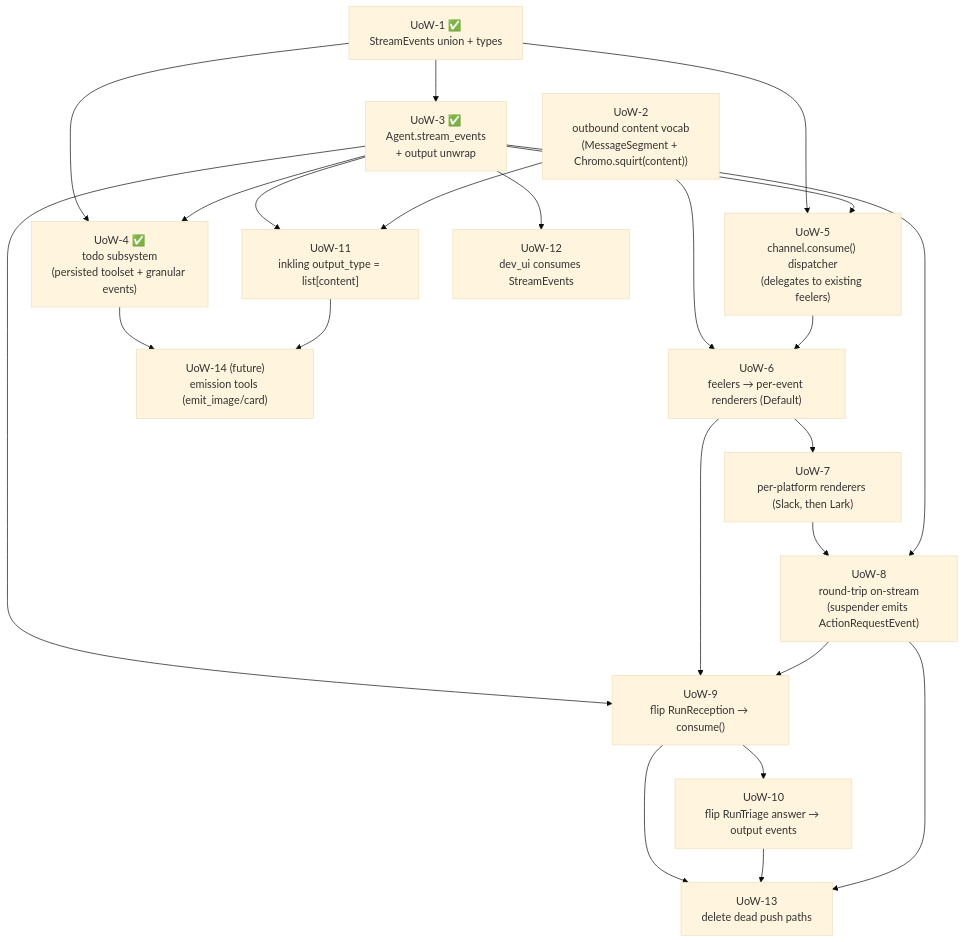
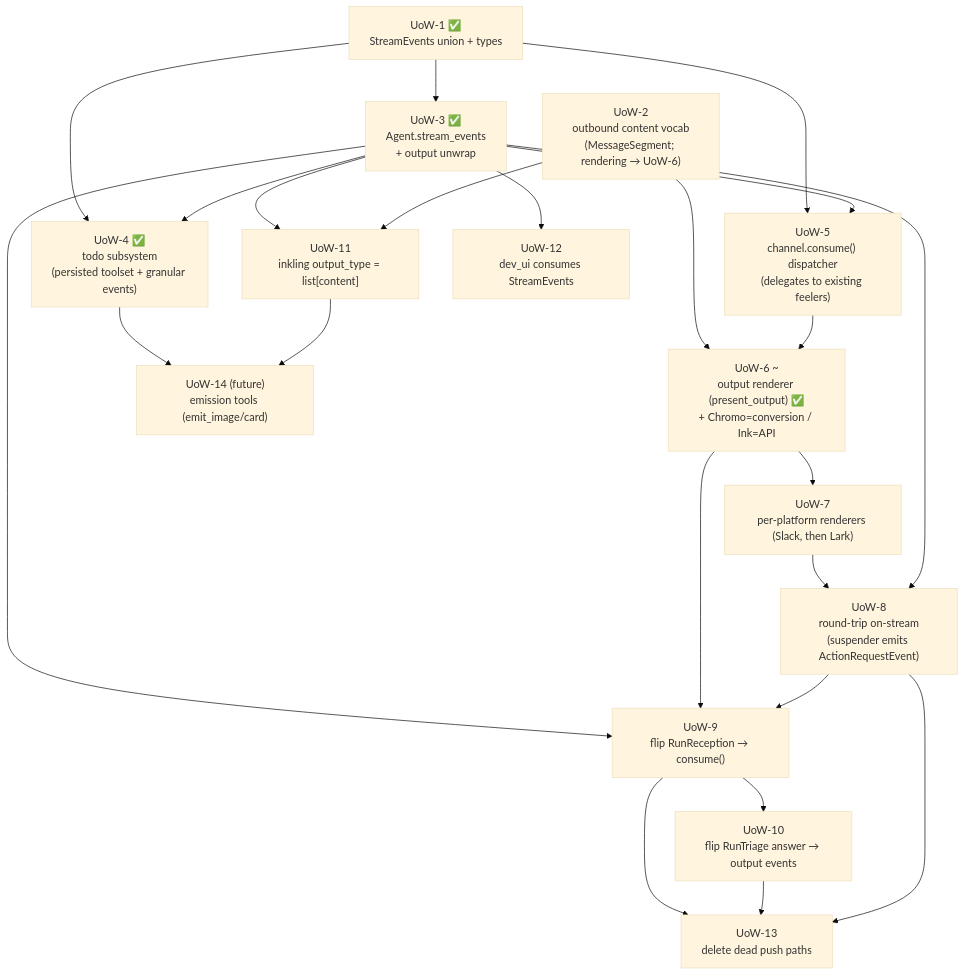
Before and after one commit to kalynnka/octomate: the sixth of 6 diagrams in docs/plans/agent-event-stream.md, drawn with Mermaid (base theme). The commit also changed other lines of this file and 14 other files, not shown here.

First line of the commit message:
feat(stream): UoW-6 — output renderer + Chromo=conversion / Ink=API-only

````diff
--- a/docs/plans/agent-event-stream.md
+++ b/docs/plans/agent-event-stream.md
@@ -284,40 +295,40 @@
 ```mermaid
 flowchart TD
     U1["UoW-1 ✅<br/>StreamEvents union + types"]
-    U2["UoW-2<br/>outbound content vocab<br/>(MessageSegment + Chromo.squirt(content))"]
+    U2["UoW-2<br/>outbound content vocab<br/>(MessageSegment; rendering → UoW-6)"]
     U3["UoW-3 ✅<br/>Agent.stream_events<br/>+ output unwrap"]
     U4["UoW-4 ✅<br/>todo subsystem<br/>(persisted toolset + granular events)"]
     U5["UoW-5<br/>channel.consume() dispatcher<br/>(delegates to existing feelers)"]
-    U6["UoW-6<br/>feelers → per-event renderers (Default)"]
+    U6["UoW-6 ~<br/>output renderer (present_output) ✅<br/>+ Chromo=conversion / Ink=API"]
     U7["UoW-7<br/>per-platform renderers (Slack, then Lark)"]
     U8["UoW-8<br/>round-trip on-stream<br/>(suspender emits ActionRequestEvent)"]
     U9["UoW-9<br/>flip RunReception → consume()"]
     U10["UoW-10<br/>flip RunTriage answer → output events"]
     U11["UoW-11<br/>inkling output_type = list[content]"]
     U12["UoW-12<br/>dev_ui consumes StreamEvents"]
     U13["UoW-13<br/>delete dead push paths"]
     U14["UoW-14 (future)<br/>emission tools (emit_image/card)"]
 
     U1 --> U3
     U1 --> U4
     U1 --> U5
     U2 --> U6
     U3 --> U4
     U3 --> U5
     U3 --> U9
     U5 --> U6
     U6 --> U7
     U6 --> U9
     U7 --> U8
     U3 --> U8
     U8 --> U9
     U9 --> U10
     U3 --> U11
     U2 --> U11
     U3 --> U12
     U9 --> U13
     U10 --> U13
     U8 --> U13
     U4 --> U14
     U11 --> U14
 ```
````
